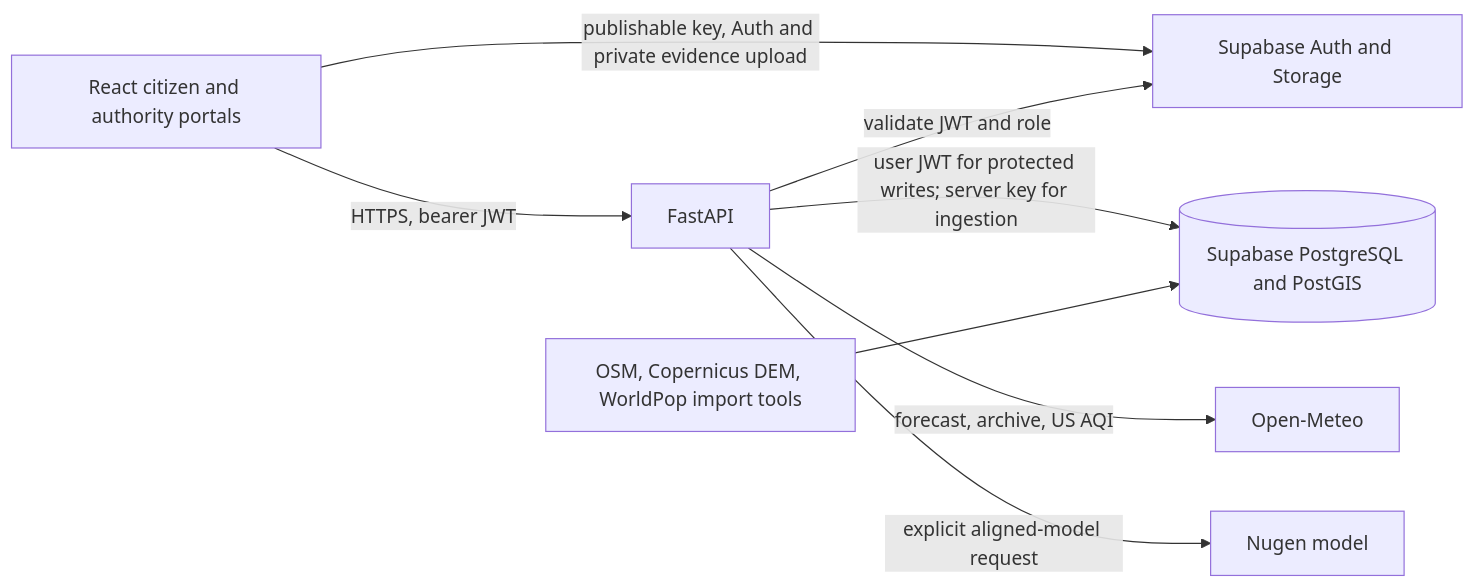
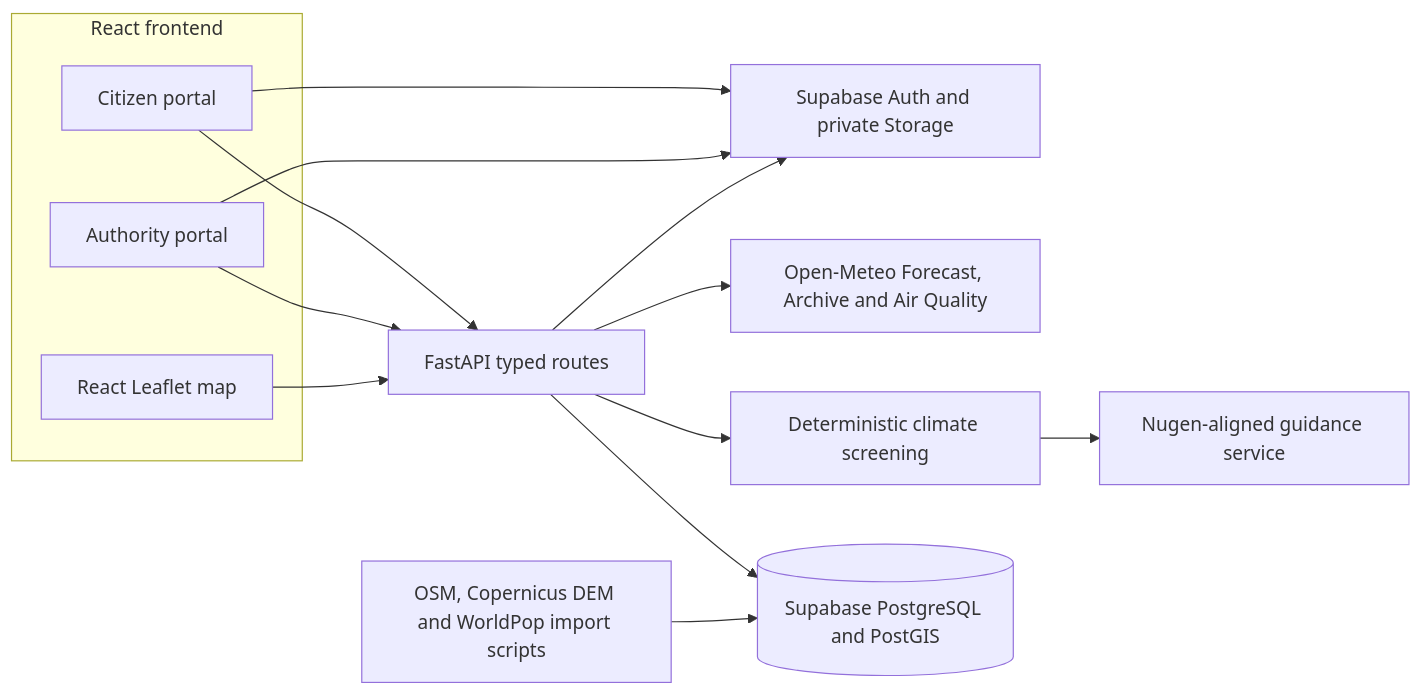
Before and after one commit to ShutReptile990/CLIMAGUARD-AI: the first of 2 diagrams in docs/ARCHITECTURE.md, drawn with Mermaid. The commit also changed other lines of this file and 40 other files, not shown here.

````diff
--- a/docs/ARCHITECTURE.md
+++ b/docs/ARCHITECTURE.md
@@ -5,10 +7,19 @@
 ```mermaid
 flowchart LR
-  Browser[React citizen and authority portals] -->|HTTPS, bearer JWT| API[FastAPI]
-  Browser -->|publishable key, Auth and private evidence upload| Auth[Supabase Auth and Storage]
-  API -->|validate JWT and role| Auth
-  API -->|user JWT for protected writes; server key for ingestion| DB[(Supabase PostgreSQL and PostGIS)]
-  API -->|forecast, archive, US AQI| Meteo[Open-Meteo]
-  API -->|explicit aligned-model request| Nugen[Nugen model]
-  GIS[OSM, Copernicus DEM, WorldPop import tools] --> DB
+  subgraph Browser[React frontend]
+    Citizen[Citizen portal]
+    Authority[Authority portal]
+    Map[React Leaflet map]
+  end
+  Citizen --> API[FastAPI typed routes]
+  Authority --> API
+  Map --> API
+  Citizen --> Auth[Supabase Auth and private Storage]
+  Authority --> Auth
+  API --> Auth
+  API --> Weather[Open-Meteo Forecast, Archive and Air Quality]
+  API --> Rules[Deterministic climate screening]
+  Rules --> Guidance[Nugen-aligned guidance service]
+  API --> DB[(Supabase PostgreSQL and PostGIS)]
+  Import[OSM, Copernicus DEM and WorldPop import scripts] --> DB
 ```
````
